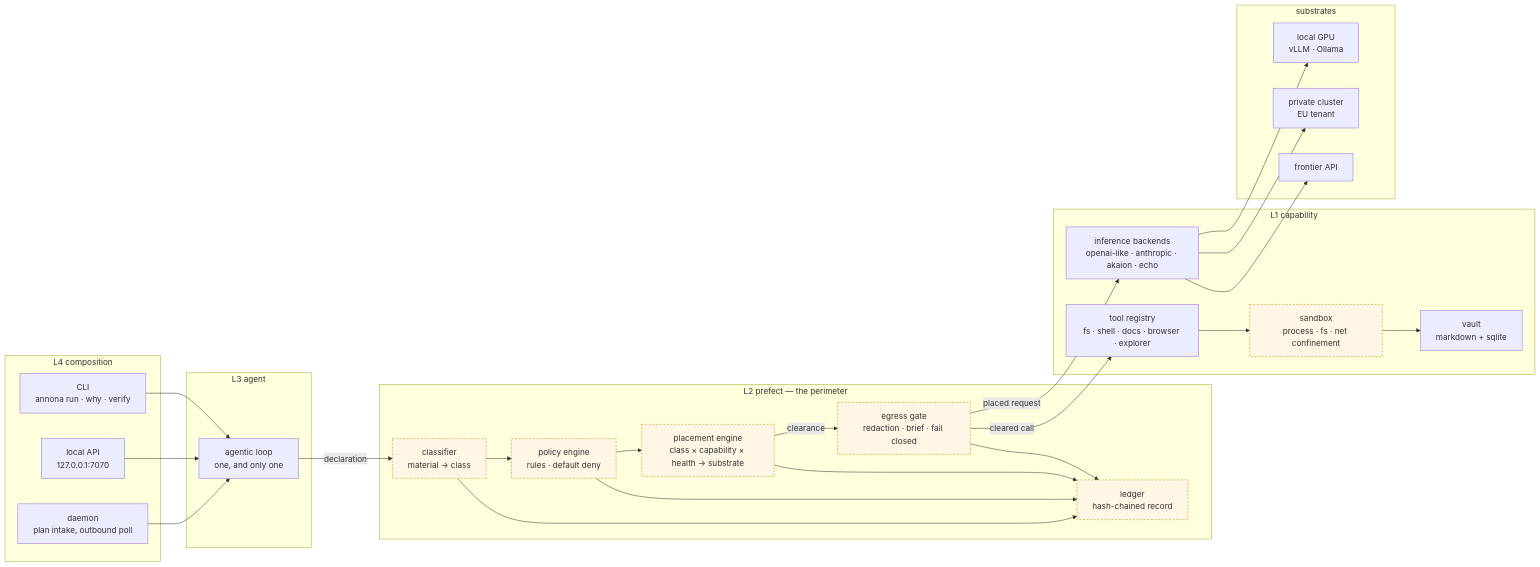
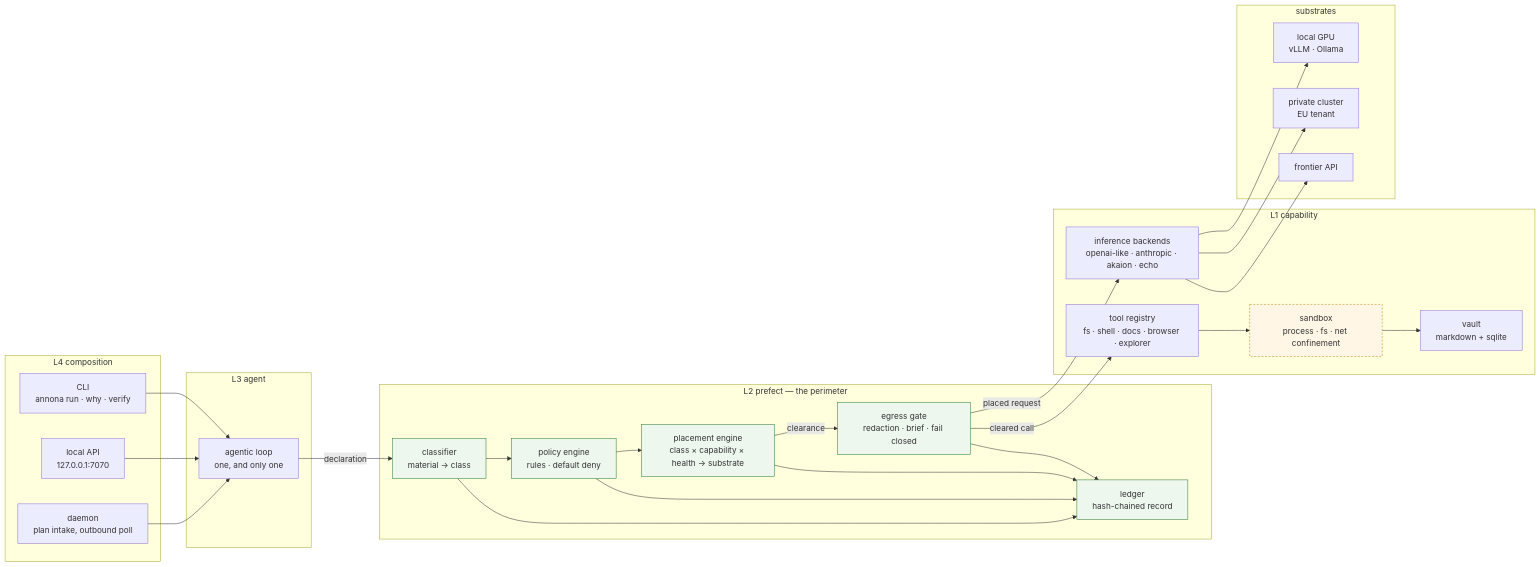
Before and after one commit to Arrivalscenestealer31/annona: the third of 8 diagrams in docs/design/hld.md, drawn with Mermaid. The commit also changed other lines of this file and 45 other files, not shown here.

````diff
--- a/docs/design/hld.md
+++ b/docs/design/hld.md
@@ -213,44 +214,46 @@
 ```mermaid
 flowchart LR
     subgraph L4["L4 composition"]
         CLI["CLI<br/>annona run · why · verify"]
         API["local API<br/>127.0.0.1:7070"]
         DAEMON["daemon<br/>plan intake, outbound poll"]
     end
 
     subgraph L3["L3 agent"]
         LOOP["agentic loop<br/>one, and only one"]
     end
 
     subgraph L2["L2 prefect — the perimeter"]
         CLASS["classifier<br/>material → class"]
         POLICY["policy engine<br/>rules · default deny"]
         PLACE["placement engine<br/>class × capability × health → substrate"]
         EGRESS["egress gate<br/>redaction · brief · fail closed"]
         LEDGER["ledger<br/>hash-chained record"]
     end
 
     subgraph L1["L1 capability"]
         BACK["inference backends<br/>openai-like · anthropic · akaion · echo"]
         TOOLS["tool registry<br/>fs · shell · docs · browser · explorer"]
         SANDBOX["sandbox<br/>process · fs · net confinement"]
         VAULT["vault<br/>markdown + sqlite"]
     end
 
     subgraph SUB["substrates"]
         S1["local GPU<br/>vLLM · Ollama"]
         S2["private cluster<br/>EU tenant"]
         S3["frontier API"]
     end
 
     CLI & API & DAEMON --> LOOP
     LOOP -->|"declaration"| CLASS --> POLICY --> PLACE
     PLACE -->|"clearance"| EGRESS
     EGRESS -->|"placed request"| BACK
     EGRESS -->|"cleared call"| TOOLS --> SANDBOX --> VAULT
     BACK --> S1 & S2 & S3
     CLASS & POLICY & PLACE & EGRESS --> LEDGER
 
+    classDef built fill:#eef7ee,stroke:#2c7a2c
     classDef planned fill:#fff6e5,stroke:#b8860b,stroke-dasharray: 4 3
-    class CLASS,POLICY,PLACE,EGRESS,LEDGER,SANDBOX planned
+    class CLASS,POLICY,PLACE,EGRESS,LEDGER built
+    class SANDBOX planned
 ```
````
